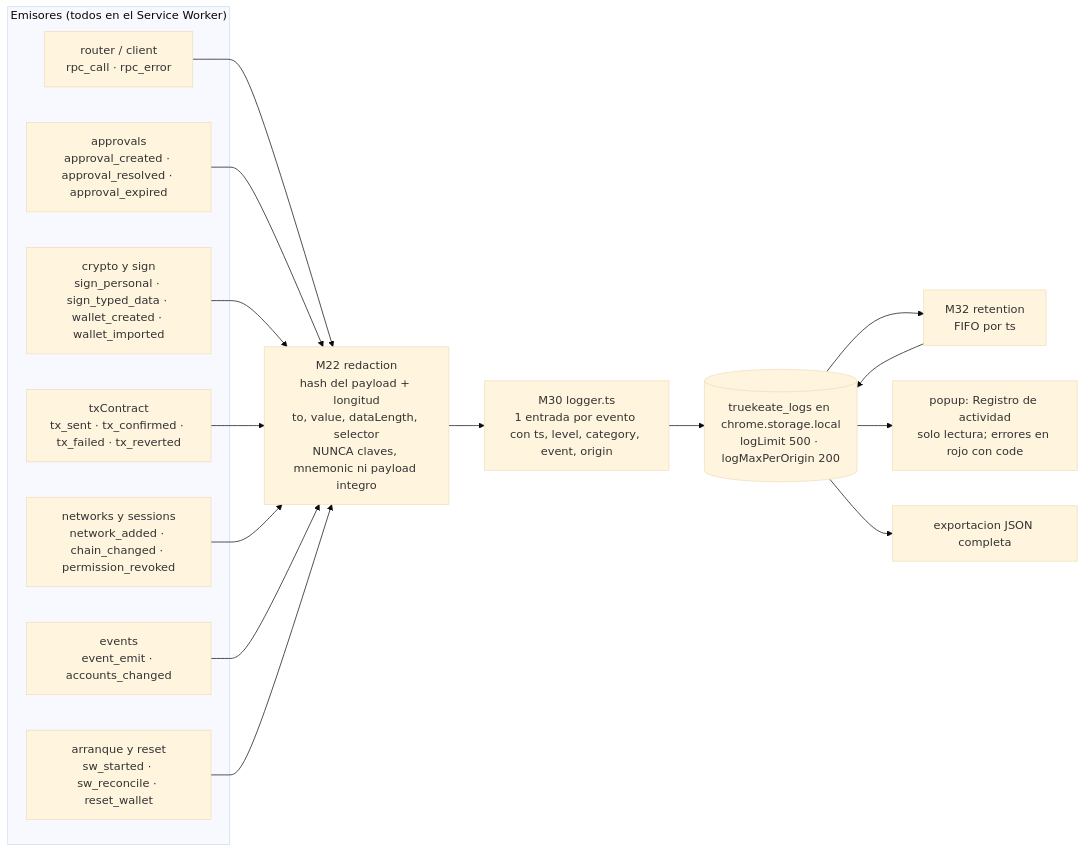
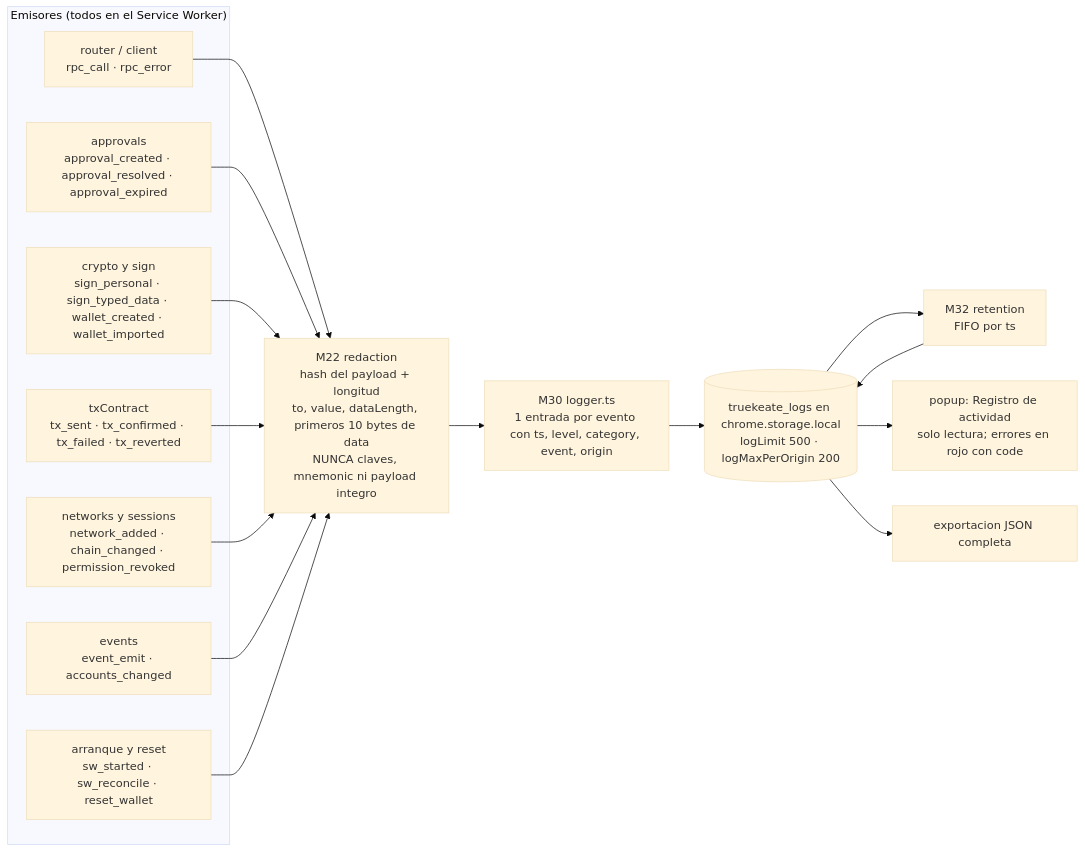
One commit to anlucorporations/chrome-wallet changed diagram 11 of 14 in RepoTecnico/documento_tecnico.md. Above: the diagram before and after it, drawn with Mermaid (base theme). The commit also changed other lines of this file and 7 other files, not shown here.

Commit message:
docs(fase2): auditoria del documento tecnico (33 hallazgos) y su remediacion - build MV3, arnes E2E, RF-50 con portapapeles, origen en iframes, tabla cerrada de selectores, limites de payload/cuota, ventana unica de confirmacion

````diff
--- a/RepoTecnico/documento_tecnico.md
+++ b/RepoTecnico/documento_tecnico.md
@@ -858,32 +942,32 @@
 ```mermaid
 flowchart LR
     subgraph EMISORES["Emisores (todos en el Service Worker)"]
         R["router / client<br/>rpc_call · rpc_error"]
         A["approvals<br/>approval_created · approval_resolved · approval_expired"]
         C["crypto y sign<br/>sign_personal · sign_typed_data · wallet_created · wallet_imported"]
         T["txContract<br/>tx_sent · tx_confirmed · tx_failed · tx_reverted"]
         N["networks y sessions<br/>network_added · chain_changed · permission_revoked"]
         E["events<br/>event_emit · accounts_changed"]
         S["arranque y reset<br/>sw_started · sw_reconcile · reset_wallet"]
     end
-    RED["M22 redaction<br/>hash del payload + longitud<br/>to, value, dataLength, selector<br/>NUNCA claves, mnemonic ni payload integro"]
+    RED["M22 redaction<br/>hash del payload + longitud<br/>to, value, dataLength, primeros 10 bytes de data<br/>NUNCA claves, mnemonic ni payload integro"]
     LOG["M30 logger.ts<br/>1 entrada por evento con ts, level, category, event, origin"]
     ST[("truekeate_logs en chrome.storage.local<br/>logLimit 500 · logMaxPerOrigin 200")]
     RET["M32 retention<br/>FIFO por ts"]
     VIEW["popup: Registro de actividad<br/>solo lectura; errores en rojo con code"]
     EXP["exportacion JSON completa"]
 
     R --> RED
     A --> RED
     C --> RED
     T --> RED
     N --> RED
     E --> RED
     S --> RED
     RED --> LOG
     LOG --> ST
     ST --> RET
     RET --> ST
     ST --> VIEW
     ST --> EXP
 ```
````
